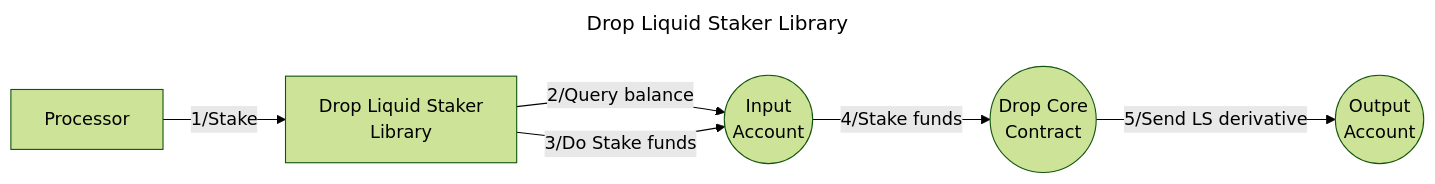
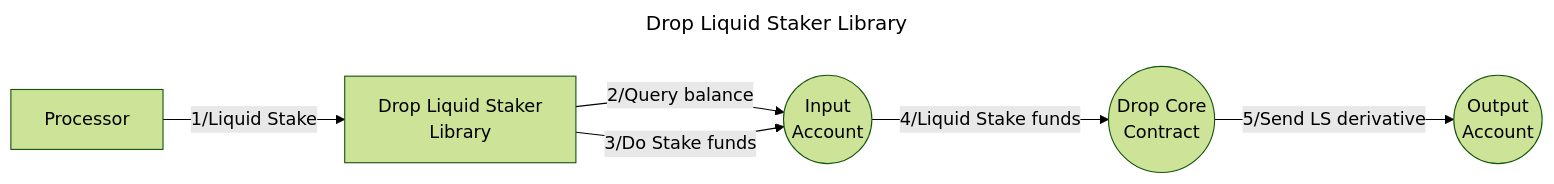
Before and after one commit to timewave-computer/valence-protocol: the diagram in docs/src/libraries/cosmwasm/drop_liquid_staker.md, drawn with Mermaid (forest theme). The commit also changed other lines of this file and 3 other files, not shown here.

````diff
--- a/docs/src/libraries/cosmwasm/drop_liquid_staker.md
+++ b/docs/src/libraries/cosmwasm/drop_liquid_staker.md
@@ -7,20 +7,20 @@
 ```mermaid
 ---
 title: Drop Liquid Staker Library
 ---
 graph LR
   IA((Input
       Account))
   CC((Drop Core
       Contract))
   OA((Output
       Account))
   P[Processor]
   S[Drop Liquid Staker
       Library]
-  P -- 1/Stake --> S
+  P -- 1/Liquid Stake --> S
   S -- 2/Query balance --> IA
   S -- 3/Do Stake funds --> IA
-  IA -- 4/Stake funds --> CC
+  IA -- 4/Liquid Stake funds --> CC
   CC -- 5/Send LS derivative --> OA
 ```
````
